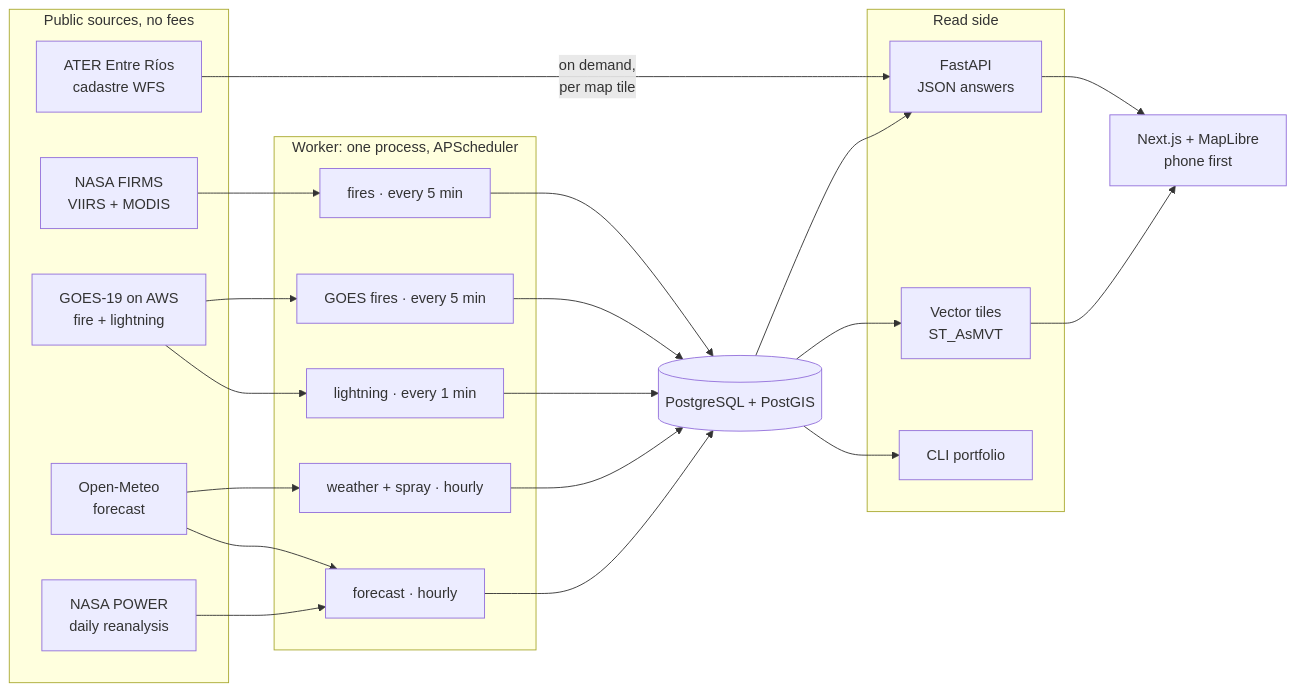
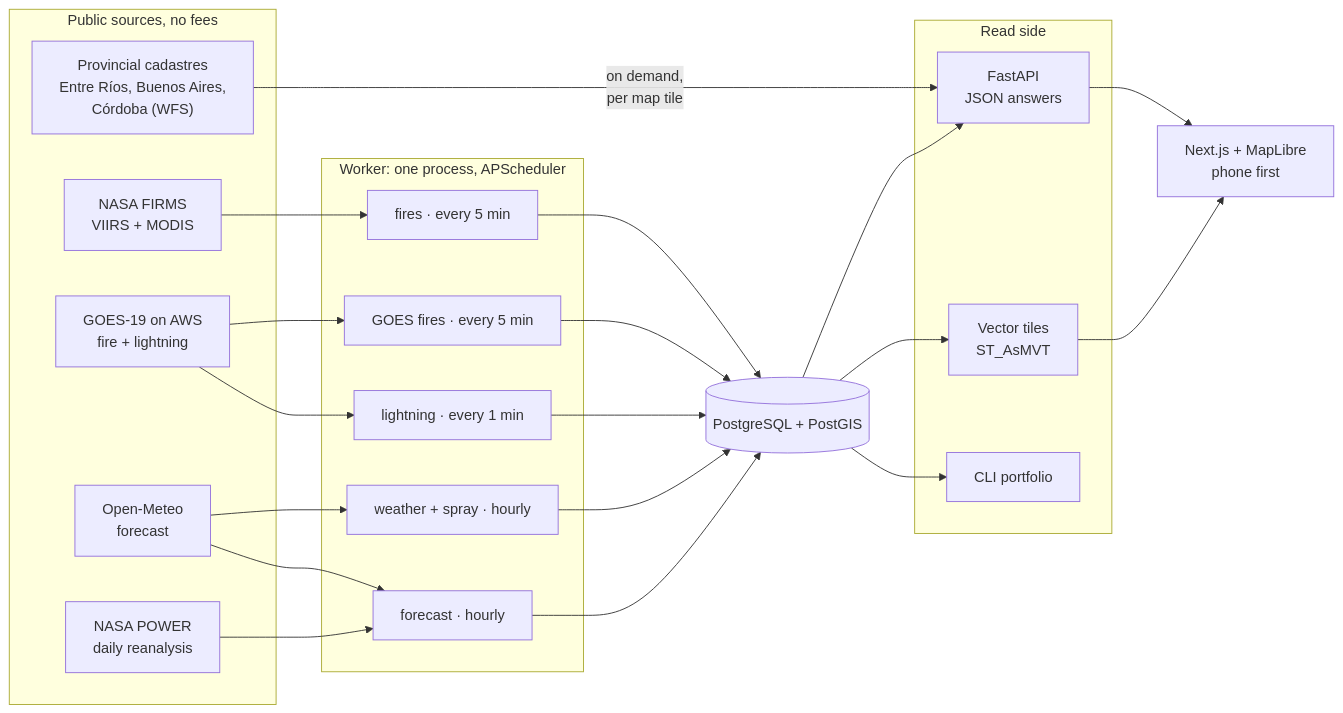
Before and after one commit to nickyperrone/Fire-Detection-System: the first of 11 diagrams in README.md, drawn with Mermaid. The commit also changed other lines of this file, not shown here.

Commit message:
Add the provincial cadastres and what each source costs to the README

````diff
--- a/README.md
+++ b/README.md
@@ -79,32 +79,32 @@
 ```mermaid
 flowchart LR
     subgraph SOURCES["Public sources, no fees"]
         FIRMS["NASA FIRMS<br/>VIIRS + MODIS"]
         GOES["GOES-19 on AWS<br/>fire + lightning"]
         METEO["Open-Meteo<br/>forecast"]
         POWER["NASA POWER<br/>daily reanalysis"]
-        ATER["ATER Entre Ríos<br/>cadastre WFS"]
+        ATER["Provincial cadastres<br/>Entre Ríos, Buenos Aires,<br/>Córdoba (WFS)"]
     end
     subgraph WORKER["Worker: one process, APScheduler"]
         J1["fires · every 5 min"]
         J2["GOES fires · every 5 min"]
         J3["lightning · every 1 min"]
         J4["weather + spray · hourly"]
         J5["forecast · hourly"]
     end
     DB[("PostgreSQL + PostGIS")]
     subgraph READ["Read side"]
         API["FastAPI<br/>JSON answers"]
         TILES["Vector tiles<br/>ST_AsMVT"]
         CLI["CLI portfolio"]
     end
     WEB["Next.js + MapLibre<br/>phone first"]
     FIRMS --> J1
     GOES --> J2 & J3
     METEO --> J4 & J5
     POWER --> J5
     J1 & J2 & J3 & J4 & J5 --> DB
     ATER -- "on demand,<br/>per map tile" --> API
     DB --> API & TILES & CLI
     API & TILES --> WEB
 ```
````
